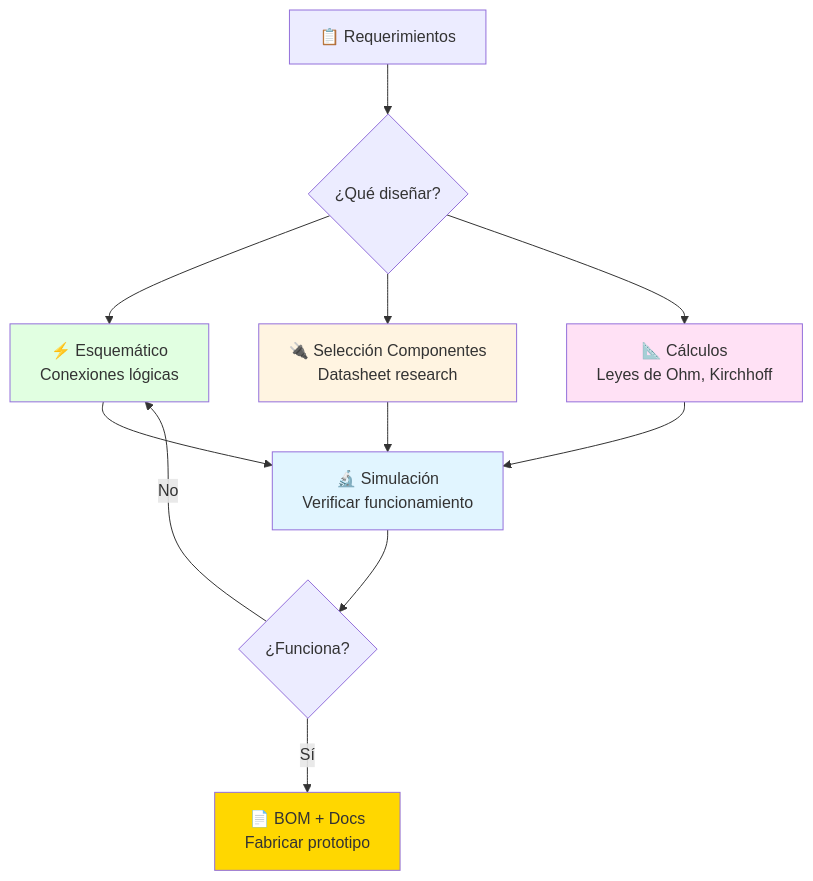
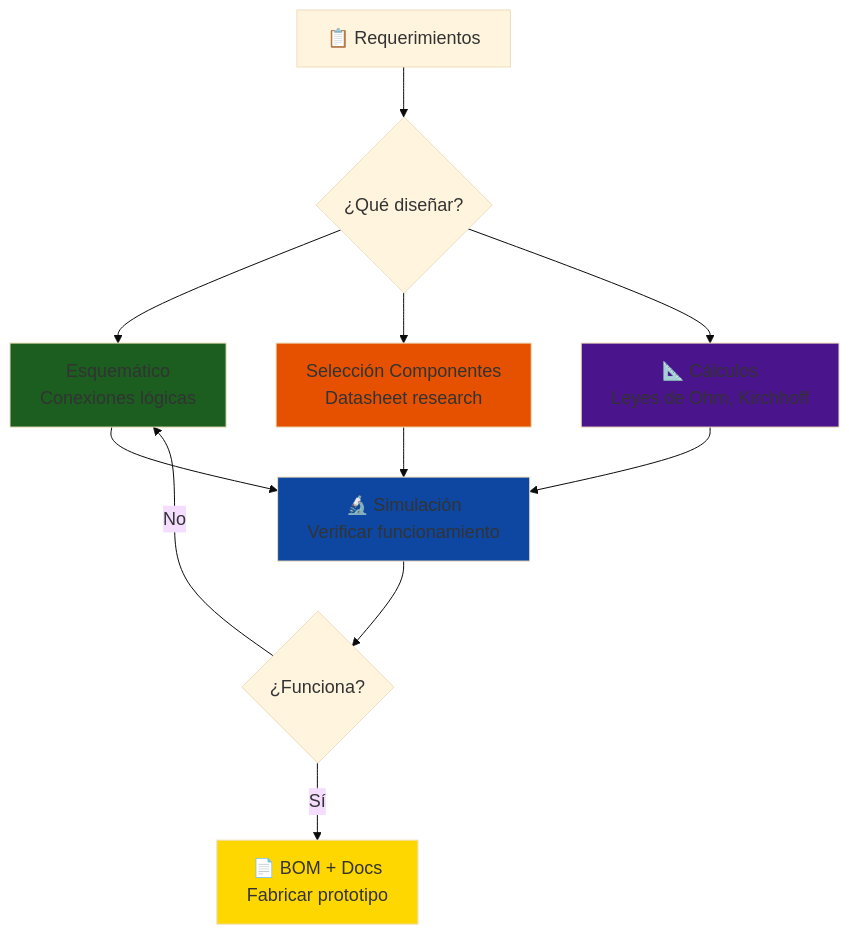
One commit to Ai-Whisperers/Courses-Content changed the second of 11 diagrams in courses/🟡-development/FPUNA-2026/02-ELECTRONICA-AUTOMATIZACION/01-diseno-circuitos-ia.md. Above: the diagram before and after it, drawn with Mermaid. The commit also changed other lines of this file and 47 other files, not shown here.

First line of the commit message:
fix: Make all 473 diagrams WCAG AAA accessible (FPUNA-2026)

````diff
--- a/courses/🟡-development/FPUNA-2026/02-ELECTRONICA-AUTOMATIZACION/01-diseno-circuitos-ia.md
+++ b/courses/🟡-development/FPUNA-2026/02-ELECTRONICA-AUTOMATIZACION/01-diseno-circuitos-ia.md
@@ -58,22 +59,23 @@
 ```mermaid
+%%{init: {'theme':'base', 'themeVariables': {'fontSize':'18px'}}}%%
 graph TD
     Start[📋 Requerimientos] --> Q{¿Qué diseñar?}
     
-    Q --> A[⚡ Esquemático<br/>Conexiones lógicas]
-    Q --> B[🔌 Selección Componentes<br/>Datasheet research]
+    Q --> A[Esquemático<br/>Conexiones lógicas]
+    Q --> B[Selección Componentes<br/>Datasheet research]
     Q --> C[📐 Cálculos<br/>Leyes de Ohm, Kirchhoff]
     
     A --> D[🔬 Simulación<br/>Verificar funcionamiento]
     B --> D
     C --> D
     
     D --> E{¿Funciona?}
     E -->|No| A
     E -->|Sí| F[📄 BOM + Docs<br/>Fabricar prototipo]
     
-    style A fill:#E1FFE1
-    style B fill:#FFF4E1
-    style C fill:#FFE1F5
-    style D fill:#E1F5FF
+    style A fill:#1b5e20
+    style B fill:#e65100
+    style C fill:#4a148c
+    style D fill:#0d47a1
     style F fill:#FFD700
 ```
````
